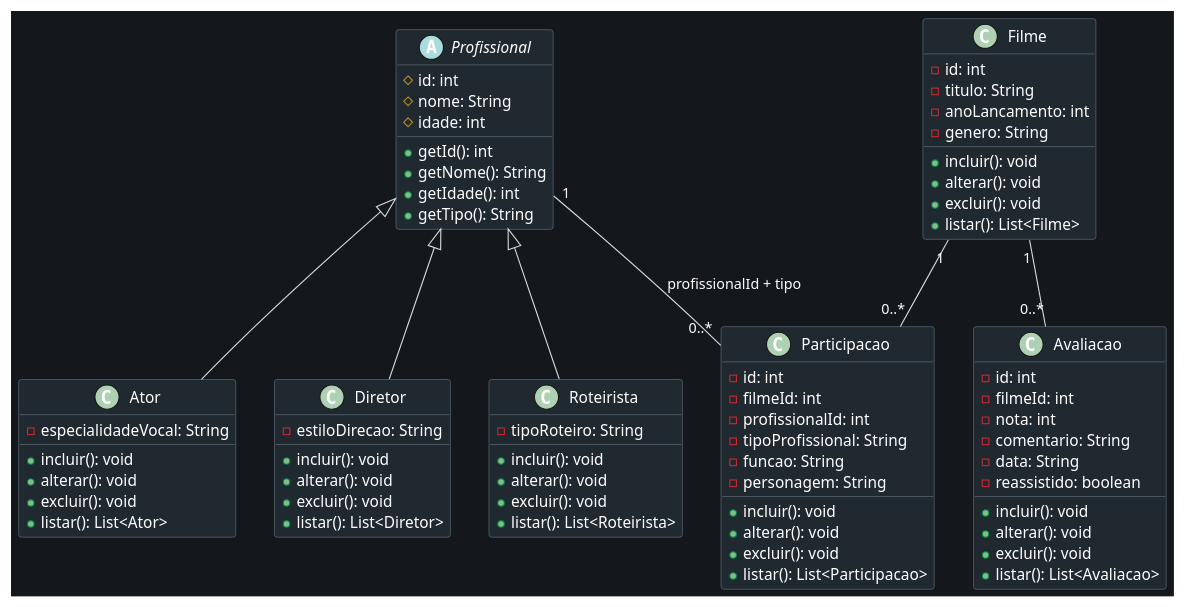
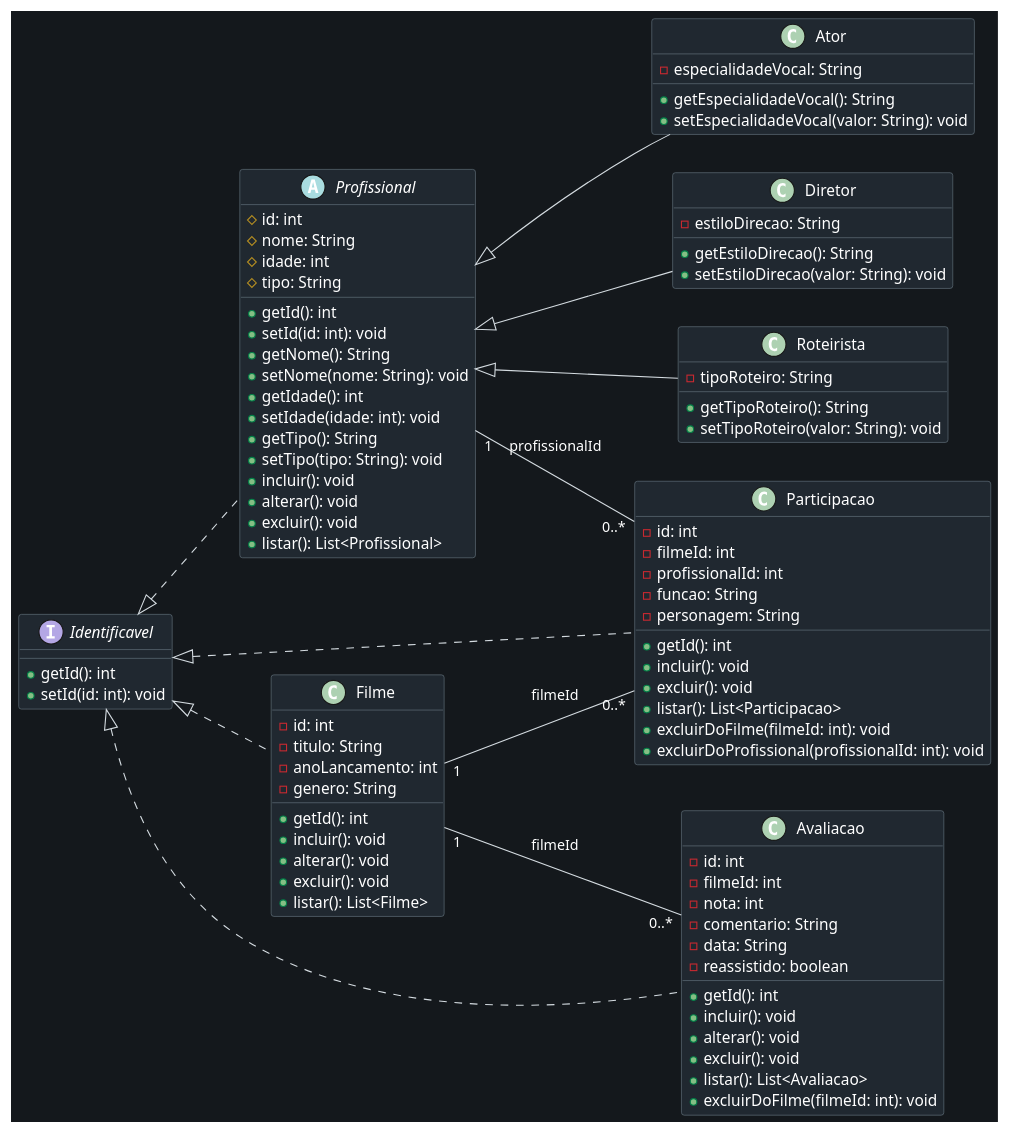
Before and after one commit to anacmoser/sp3150747Filmora: the diagram in docs/diagrama-classes.puml, drawn with PlantUML. The commit also changed 3 other files, not shown here.

Commit message:
ajeitando diagramas

```diff
--- a/docs/diagrama-classes.puml
+++ b/docs/diagrama-classes.puml
@@ -1,77 +1,99 @@
 @startuml
+left to right direction
 skinparam backgroundColor #14181c
 skinparam defaultFontColor white
 skinparam classBackgroundColor #202830
 skinparam classBorderColor #71808c
 skinparam ArrowColor #d4dbe0
+skinparam interfaceBackgroundColor #202830
+skinparam interfaceBorderColor #71808c
+
+interface Identificavel {
+  + getId(): int
+  + setId(id: int): void
+}
+
 abstract class Profissional {
   # id: int
   # nome: String
   # idade: int
+  # tipo: String
   + getId(): int
+  + setId(id: int): void
   + getNome(): String
+  + setNome(nome: String): void
   + getIdade(): int
+  + setIdade(idade: int): void
   + getTipo(): String
-}
-class Ator {
-  - especialidadeVocal: String
+  + setTipo(tipo: String): void
   + incluir(): void
   + alterar(): void
   + excluir(): void
-  + listar(): List<Ator>
+  + listar(): List<Profissional>
+}
+
+class Ator {
+  - especialidadeVocal: String
+  + getEspecialidadeVocal(): String
+  + setEspecialidadeVocal(valor: String): void
 }
 class Diretor {
   - estiloDirecao: String
-  + incluir(): void
-  + alterar(): void
-  + excluir(): void
-  + listar(): List<Diretor>
+  + getEstiloDirecao(): String
+  + setEstiloDirecao(valor: String): void
 }
 class Roteirista {
   - tipoRoteiro: String
-  + incluir(): void
-  + alterar(): void
-  + excluir(): void
-  + listar(): List<Roteirista>
+  + getTipoRoteiro(): String
+  + setTipoRoteiro(valor: String): void
 }
 class Filme {
   - id: int
   - titulo: String
   - anoLancamento: int
   - genero: String
+  + getId(): int
   + incluir(): void
   + alterar(): void
   + excluir(): void
   + listar(): List<Filme>
 }
 class Participacao {
   - id: int
   - filmeId: int
   - profissionalId: int
-  - tipoProfissional: String
   - funcao: String
   - personagem: String
+  + getId(): int
   + incluir(): void
-  + alterar(): void
   + excluir(): void
   + listar(): List<Participacao>
+  + excluirDoFilme(filmeId: int): void
+  + excluirDoProfissional(profissionalId: int): void
 }
 class Avaliacao {
   - id: int
   - filmeId: int
   - nota: int
   - comentario: String
   - data: String
   - reassistido: boolean
+  + getId(): int
   + incluir(): void
   + alterar(): void
   + excluir(): void
   + listar(): List<Avaliacao>
+  + excluirDoFilme(filmeId: int): void
 }
+
+Identificavel <|.. Profissional
+Identificavel <|.. Filme
+Identificavel <|.. Participacao
+Identificavel <|.. Avaliacao
 Profissional <|-- Ator
 Profissional <|-- Diretor
 Profissional <|-- Roteirista
-Filme "1" -- "0..*" Participacao
-Profissional "1" -- "0..*" Participacao : profissionalId + tipo
-Filme "1" -- "0..*" Avaliacao
+Filme "1" -- "0..*" Participacao : filmeId
+Profissional "1" -- "0..*" Participacao : profissionalId
+Filme "1" -- "0..*" Avaliacao : filmeId
 @enduml
```
